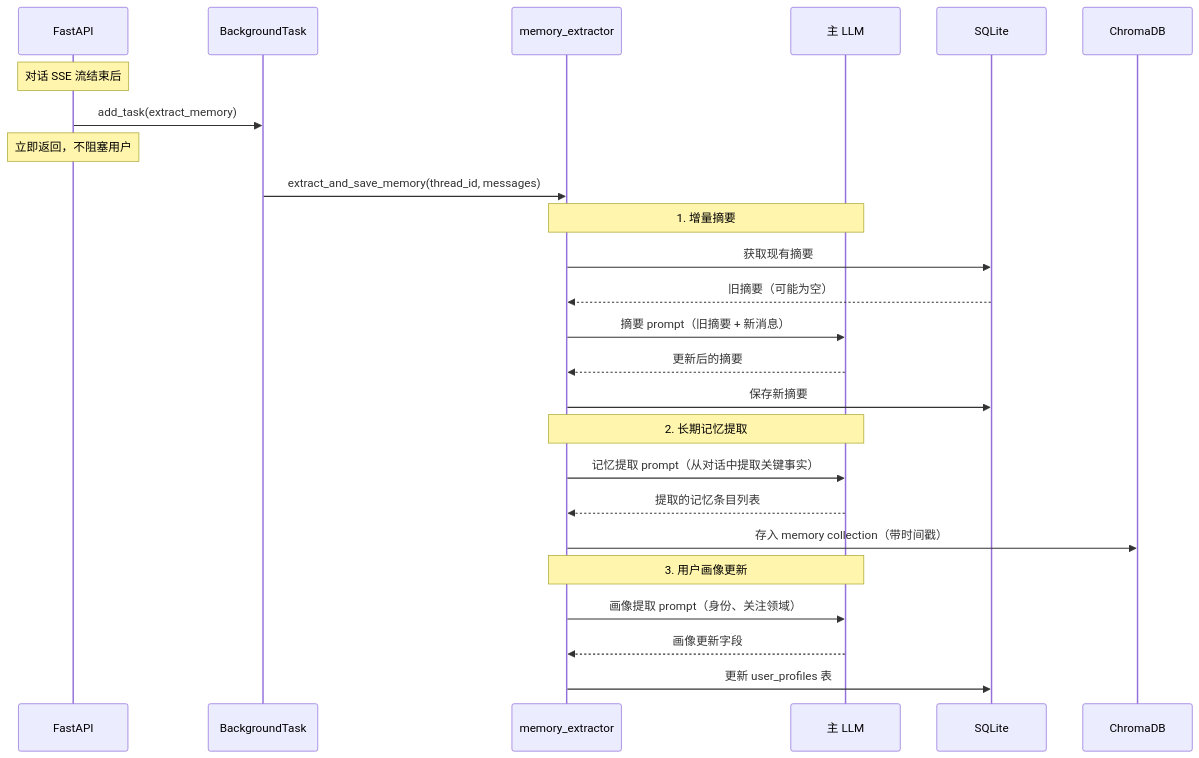
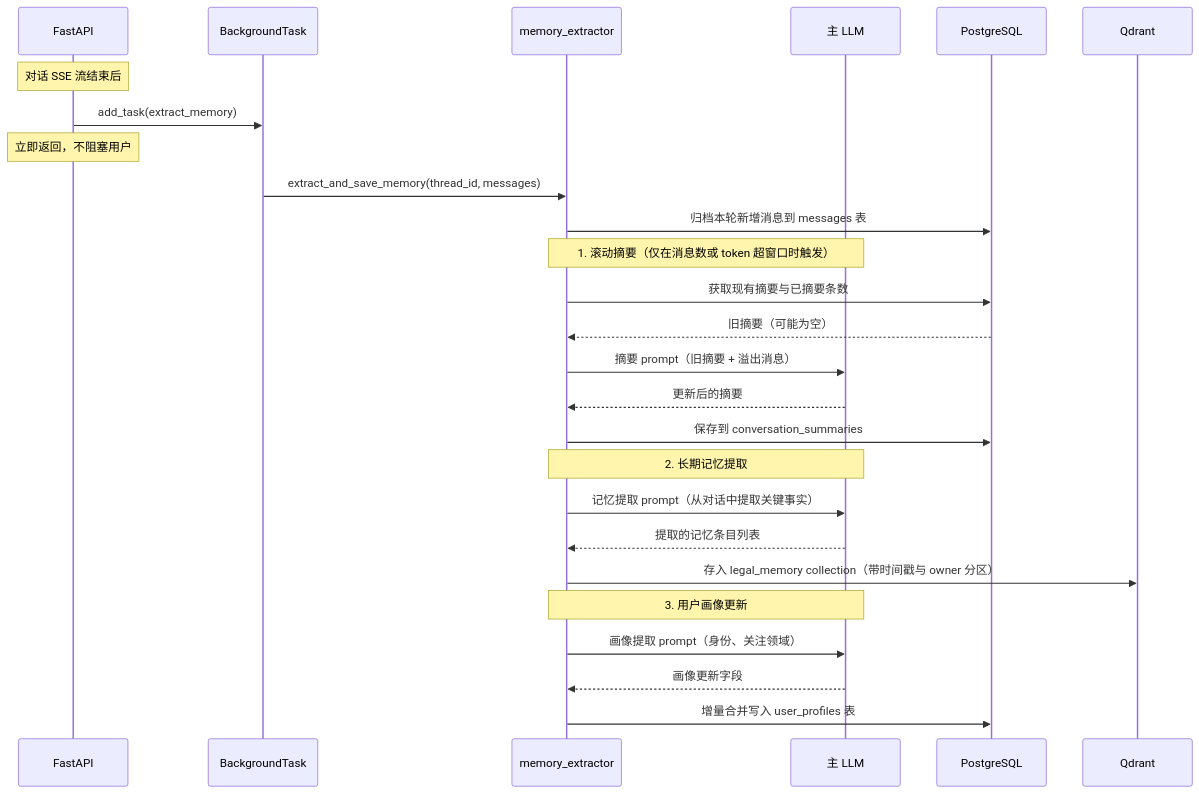
The first of 2 diagrams in docs/sequences/memory-flow.md (uuo00n/lexcore-legal-agent), drawn with Mermaid before and after one commit. The commit also changed other lines of this file and 28 other files, not shown here.

````diff
--- a/docs/sequences/memory-flow.md
+++ b/docs/sequences/memory-flow.md
@@ -5,32 +5,33 @@
 ```mermaid
 sequenceDiagram
     participant API as FastAPI
     participant BG as BackgroundTask
     participant EXT as memory_extractor
     participant LLM as 主 LLM
-    participant SQLITE as SQLite
-    participant CHROMA as ChromaDB
+    participant PG as PostgreSQL
+    participant QDRANT as Qdrant
 
     Note over API: 对话 SSE 流结束后
     API->>BG: add_task(extract_memory)
     Note over API: 立即返回，不阻塞用户
 
     BG->>EXT: extract_and_save_memory(thread_id, messages)
+    EXT->>PG: 归档本轮新增消息到 messages 表
 
-    Note over EXT,LLM: 1. 增量摘要
-    EXT->>SQLITE: 获取现有摘要
-    SQLITE-->>EXT: 旧摘要（可能为空）
-    EXT->>LLM: 摘要 prompt（旧摘要 + 新消息）
+    Note over EXT,LLM: 1. 滚动摘要（仅在消息数或 token 超窗口时触发）
+    EXT->>PG: 获取现有摘要与已摘要条数
+    PG-->>EXT: 旧摘要（可能为空）
+    EXT->>LLM: 摘要 prompt（旧摘要 + 溢出消息）
     LLM-->>EXT: 更新后的摘要
-    EXT->>SQLITE: 保存新摘要
+    EXT->>PG: 保存到 conversation_summaries
 
     Note over EXT,LLM: 2. 长期记忆提取
     EXT->>LLM: 记忆提取 prompt（从对话中提取关键事实）
     LLM-->>EXT: 提取的记忆条目列表
-    EXT->>CHROMA: 存入 memory collection（带时间戳）
+    EXT->>QDRANT: 存入 legal_memory collection（带时间戳与 owner 分区）
 
     Note over EXT,LLM: 3. 用户画像更新
     EXT->>LLM: 画像提取 prompt（身份、关注领域）
     LLM-->>EXT: 画像更新字段
-    EXT->>SQLITE: 更新 user_profiles 表
+    EXT->>PG: 增量合并写入 user_profiles 表
 ```
````
